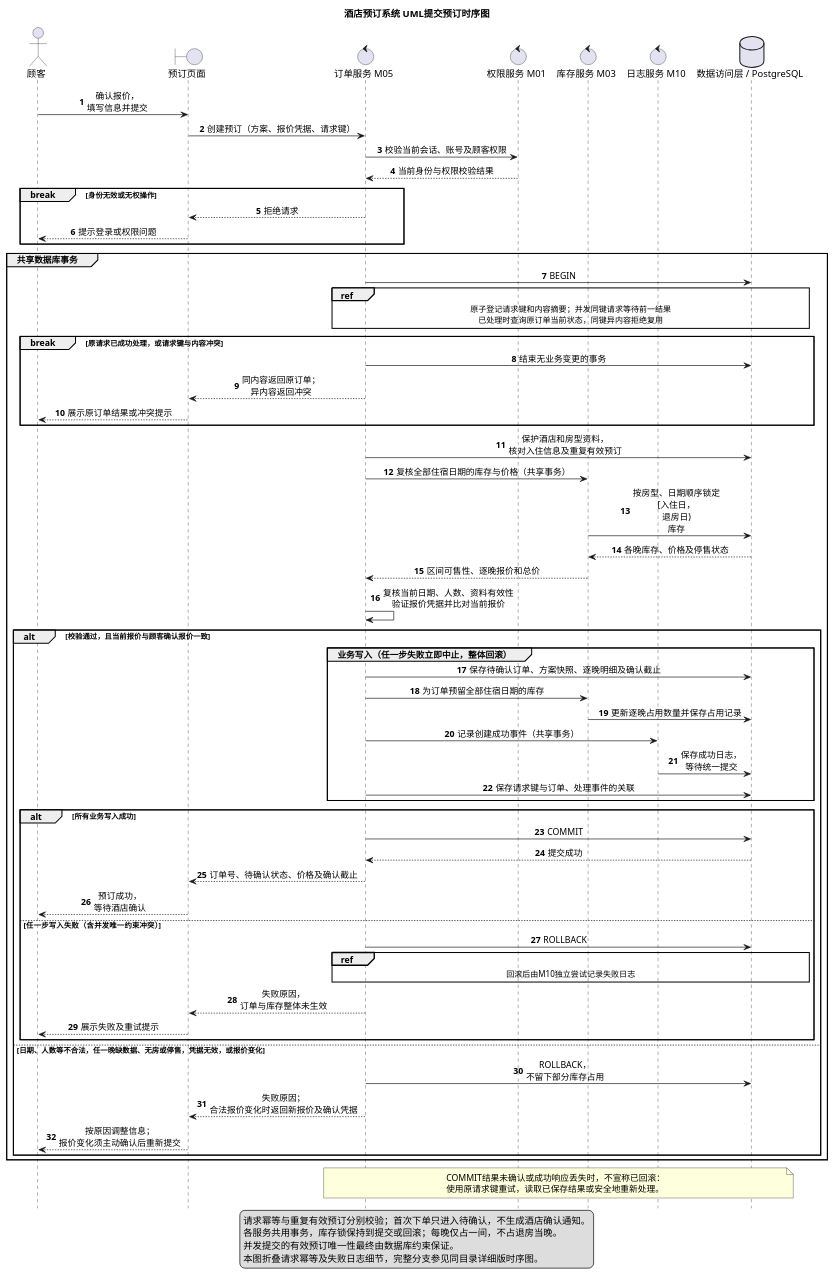
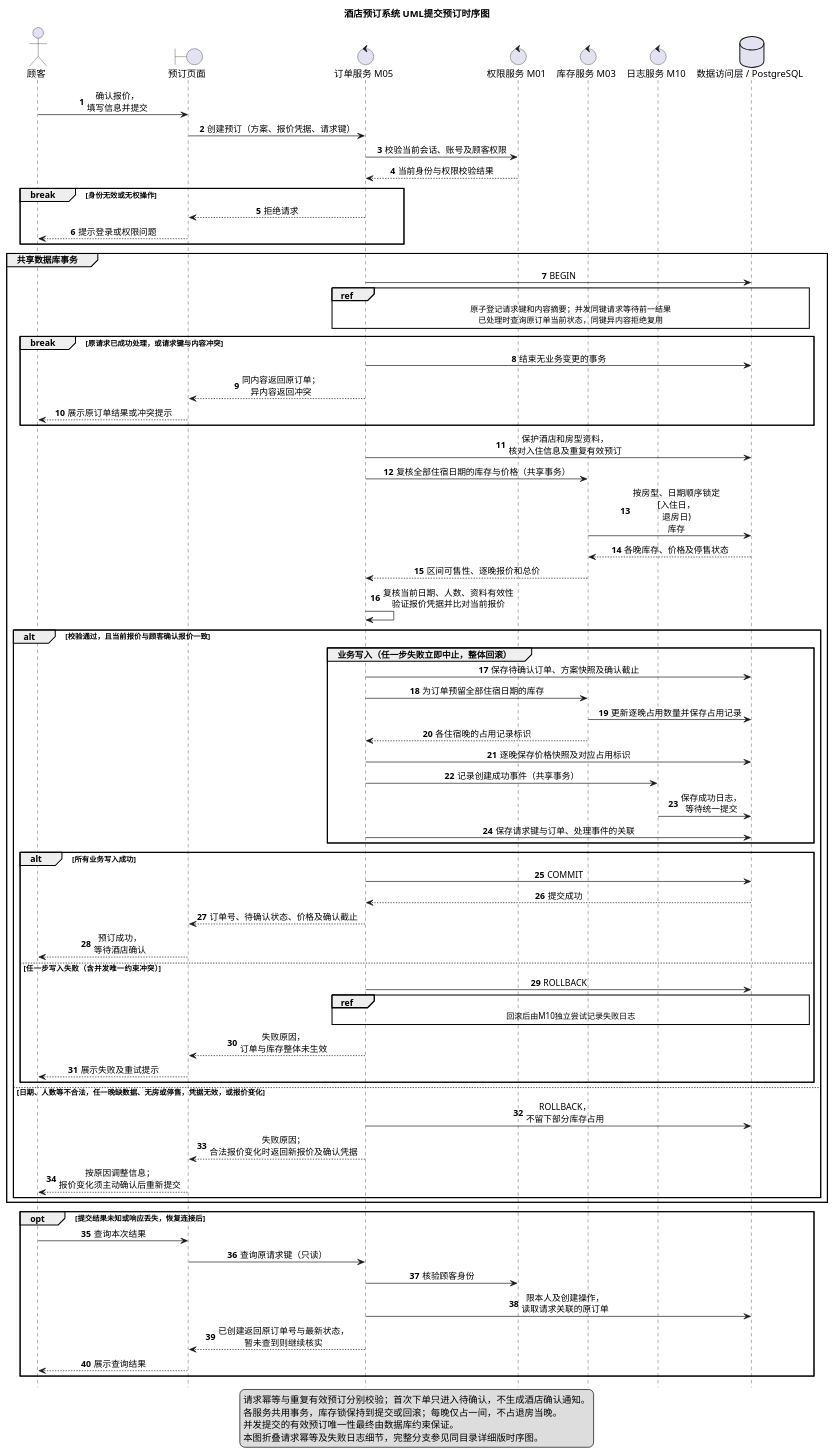
The diagram in 实验二/UML/UML提交预订时序图.puml (guyuezheng18-cell/-hotel-booking-labs), drawn with PlantUML before and after one commit. The commit also changed 30 other files, not shown here.

Commit message:
按学生采纳的四项审阅意见修订需求、UML 与界面

```diff
--- a/实验二/UML/UML提交预订时序图.puml
+++ b/实验二/UML/UML提交预订时序图.puml
@@ -1,85 +1,91 @@
 @startuml
 title 酒店预订系统 UML提交预订时序图
 hide footbox
 autonumber
 skinparam shadowing false
 skinparam defaultFontName Microsoft YaHei
 skinparam sequenceMessageAlign center
 skinparam maxMessageSize 50
 
 actor "顾客" as Customer
 boundary "预订页面" as Web
 control "订单服务 M05" as Order
 control "权限服务 M01" as Auth
 control "库存服务 M03" as Stock
 control "日志服务 M10" as Audit
 database "数据访问层 / PostgreSQL" as DB
 
 Customer -> Web : 确认报价，填写信息并提交
 Web -> Order : 创建预订（方案、报价凭据、请求键）
 Order -> Auth : 校验当前会话、账号及顾客权限
 Auth --> Order : 当前身份与权限校验结果
 break 身份无效或无权操作
   Order --> Web : 拒绝请求
   Web --> Customer : 提示登录或权限问题
 end
 
 group 共享数据库事务
   Order -> DB : BEGIN
   ref over Order, DB
     原子登记请求键和内容摘要；并发同键请求等待前一结果
     已处理时查询原订单当前状态，同键异内容拒绝复用
   end ref
   break 原请求已成功处理，或请求键与内容冲突
     Order -> DB : 结束无业务变更的事务
     Order --> Web : 同内容返回原订单；异内容返回冲突
     Web --> Customer : 展示原订单结果或冲突提示
   end
 
   Order -> DB : 保护酒店和房型资料，核对入住信息及重复有效预订
   Order -> Stock : 复核全部住宿日期的库存与价格（共享事务）
   Stock -> DB : 按房型、日期顺序锁定 [入住日，退房日) 库存
   DB --> Stock : 各晚库存、价格及停售状态
   Stock --> Order : 区间可售性、逐晚报价和总价
   Order -> Order : 复核当前日期、人数、资料有效性\n验证报价凭据并比对当前报价
 
   alt 校验通过，且当前报价与顾客确认报价一致
     group 业务写入（任一步失败立即中止，整体回滚）
-      Order -> DB : 保存待确认订单、方案快照、逐晚明细及确认截止
+      Order -> DB : 保存待确认订单、方案快照及确认截止
       Order -> Stock : 为订单预留全部住宿日期的库存
       Stock -> DB : 更新逐晚占用数量并保存占用记录
+      Stock --> Order : 各住宿晚的占用记录标识
+      Order -> DB : 逐晚保存价格快照及对应占用标识
       Order -> Audit : 记录创建成功事件（共享事务）
       Audit -> DB : 保存成功日志，等待统一提交
       Order -> DB : 保存请求键与订单、处理事件的关联
     end
 
     alt 所有业务写入成功
       Order -> DB : COMMIT
       DB --> Order : 提交成功
       Order --> Web : 订单号、待确认状态、价格及确认截止
       Web --> Customer : 预订成功，等待酒店确认
     else 任一步写入失败（含并发唯一约束冲突）
       Order -> DB : ROLLBACK
       ref over Order, DB : 回滚后由M10独立尝试记录失败日志
       Order --> Web : 失败原因，订单与库存整体未生效
       Web --> Customer : 展示失败及重试提示
     end
   else 日期、人数等不合法，任一晚缺数据、无房或停售，凭据无效，或报价变化
     Order -> DB : ROLLBACK，不留下部分库存占用
     Order --> Web : 失败原因；合法报价变化时返回新报价及确认凭据
     Web --> Customer : 按原因调整信息；报价变化须主动确认后重新提交
   end
 end
 
-note over Order, DB
-  COMMIT结果未确认或成功响应丢失时，不宣称已回滚：
-  使用原请求键重试，读取已保存结果或安全地重新处理。
-end note
+opt 提交结果未知或响应丢失，恢复连接后
+  Customer -> Web : 查询本次结果
+  Web -> Order : 查询原请求键（只读）
+  Order -> Auth : 核验顾客身份
+  Order -> DB : 限本人及创建操作，读取请求关联的原订单
+  Order --> Web : 已创建返回原订单号与最新状态，暂未查到则继续核实
+  Web --> Customer : 展示查询结果
+end
 
 legend bottom
   请求幂等与重复有效预订分别校验；首次下单只进入待确认，不生成酒店确认通知。
   各服务共用事务，库存锁保持到提交或回滚；每晚仅占一间，不占退房当晚。
   并发提交的有效预订唯一性最终由数据库约束保证。
   本图折叠请求幂等及失败日志细节，完整分支参见同目录详细版时序图。
 endlegend
 @enduml
```
